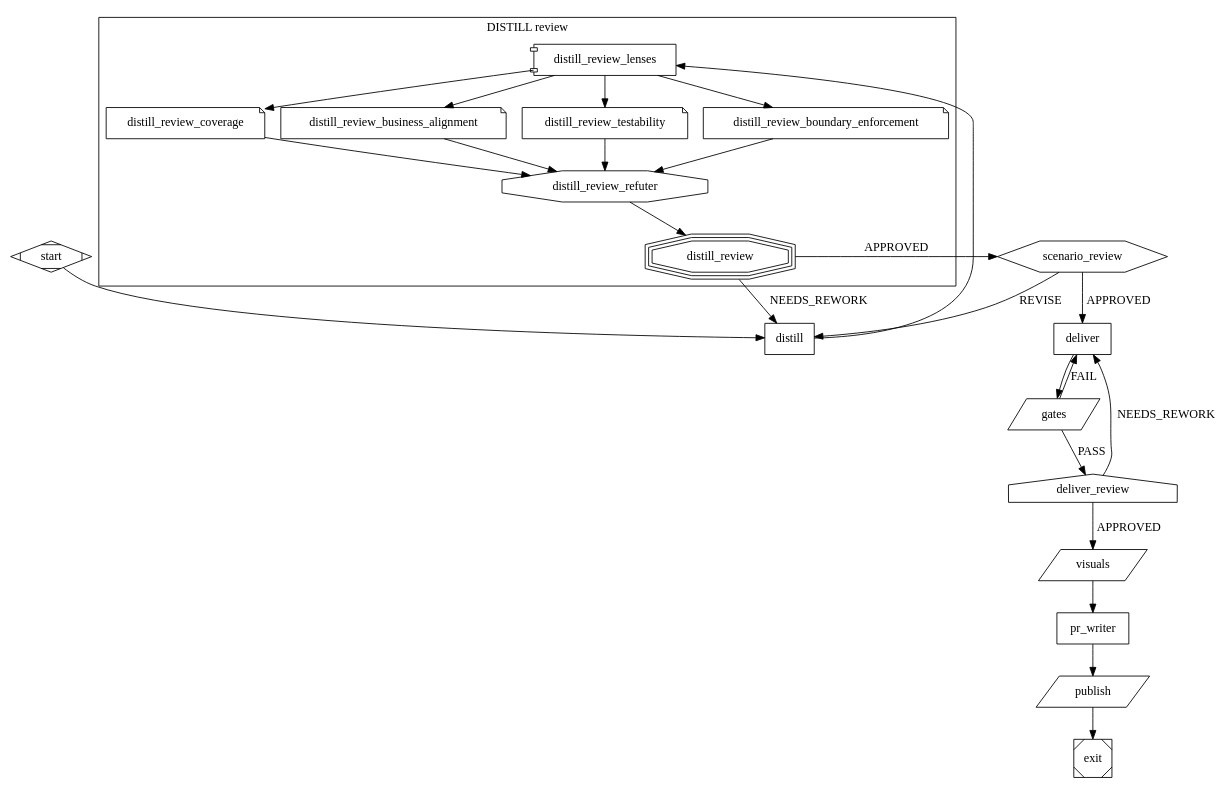
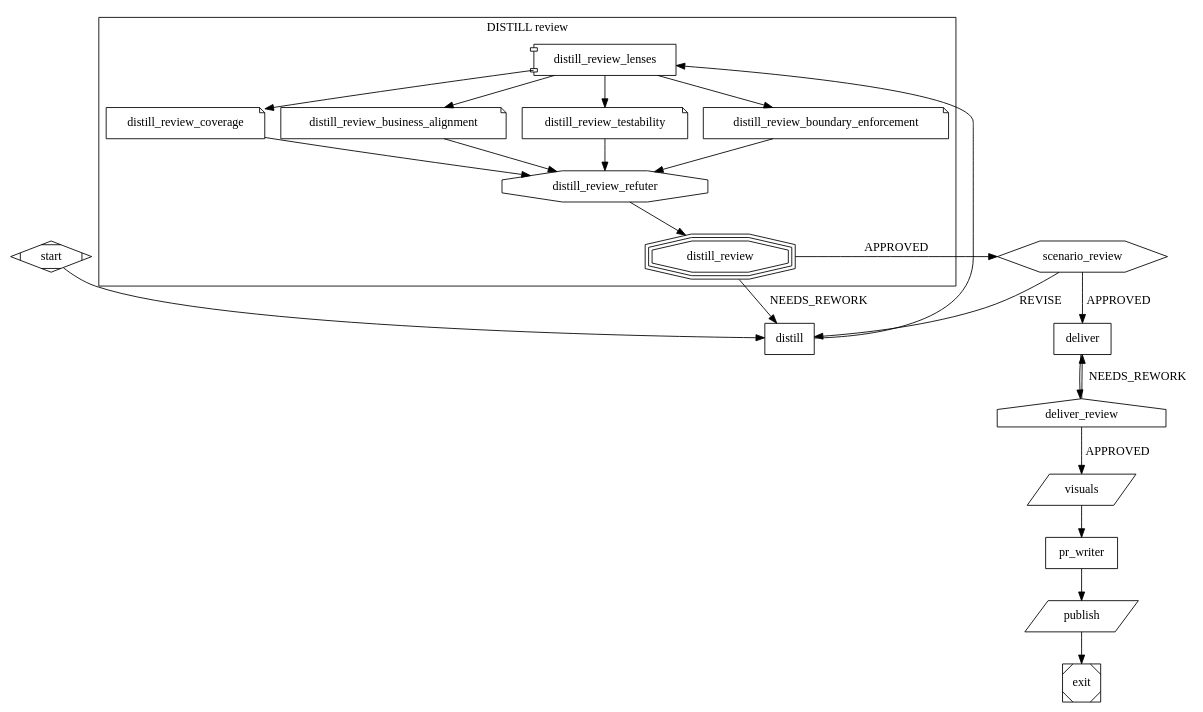
The diagram in plugins/skraft-deliver/workflows/pipeline.skraft.dot (SebastienDegodez/skraft-plugin), drawn with Graphviz before and after one commit. The commit also changed 341 other files, not shown here.

```diff
--- a/plugins/skraft-deliver/workflows/pipeline.skraft.dot
+++ b/plugins/skraft-deliver/workflows/pipeline.skraft.dot
@@ -1,42 +1,39 @@
 digraph deliver {
   graph [version="2", goal="Deliver the story", input_architecture="optional", input_story="required"]
 
   start    [shape=Mdiamond]
-  distill  [shape=box, agent="deliver-acceptance-designer", phase="DISTILL", each="scenario"]
+  distill  [shape=box, agent="deliver-acceptance-designer", phase="DISTILL"]
   subgraph cluster_distill_review {
     label="DISTILL review"
     distill_review_lenses [shape=component]
     distill_review_coverage [shape=note, lens="coverage"]
     distill_review_business_alignment [shape=note, lens="business-alignment"]
     distill_review_testability [shape=note, lens="testability"]
     distill_review_boundary_enforcement [shape=note, lens="boundary-enforcement"]
     distill_review_refuter [shape=octagon, mandatory=true]
     distill_review [shape=tripleoctagon, mandatory=true]
   }
   scenario_review [shape=hexagon, question="scenario-review"]
-  deliver  [shape=box, agent="deliver-software-engineer", phase="DELIVER", each="scenario"]
-  gates    [shape=parallelogram, gate="build,format,lint,test,architecture,coverage", goal_gate=true, locked=true, phase="DELIVER"]
+  deliver  [shape=box, agent="deliver-software-engineer", phase="DELIVER"]
   deliver_review [shape=house, workflow="review", mandatory=true]
   visuals  [shape=parallelogram, publish="playwright-visuals", when="frontend"]
   pr_writer [shape=box, agent="deliver-pr-writer", phase="PUBLISH"]
   publish  [shape=parallelogram, publish="pull-request"]
   exit     [shape=Msquare]
 
   start -> distill
   distill -> distill_review_lenses
   distill_review_lenses -> distill_review_coverage -> distill_review_refuter
   distill_review_lenses -> distill_review_business_alignment -> distill_review_refuter
   distill_review_lenses -> distill_review_testability -> distill_review_refuter
   distill_review_lenses -> distill_review_boundary_enforcement -> distill_review_refuter
   distill_review_refuter -> distill_review
   distill_review -> distill [label="NEEDS_REWORK", max_visits=2]
   distill_review -> scenario_review [label="APPROVED"]
   scenario_review -> deliver [label="APPROVED"]
   scenario_review -> distill [label="REVISE", max_visits=2]
-  deliver -> gates
-  gates -> deliver [label="FAIL", max_visits=3]
-  gates -> deliver_review [label="PASS"]
+  deliver -> deliver_review
   deliver_review -> deliver [label="NEEDS_REWORK", max_visits=2]
   deliver_review -> visuals [label="APPROVED"]
   visuals -> pr_writer -> publish -> exit
 }
```
